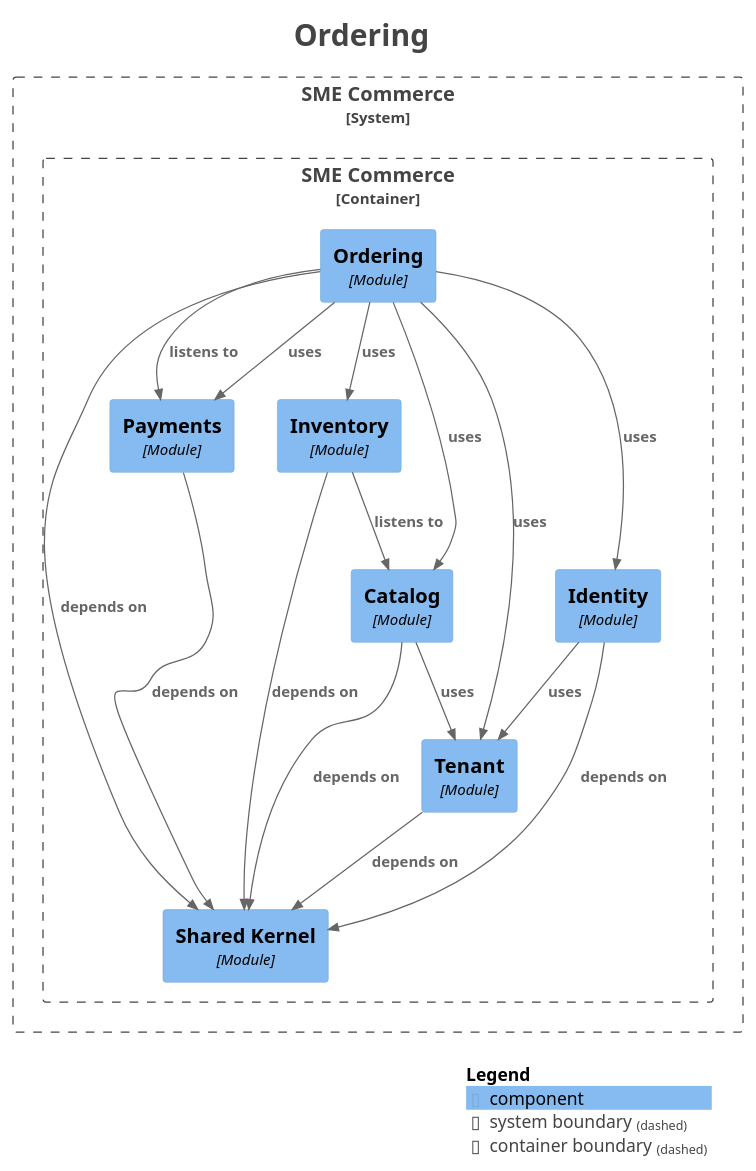
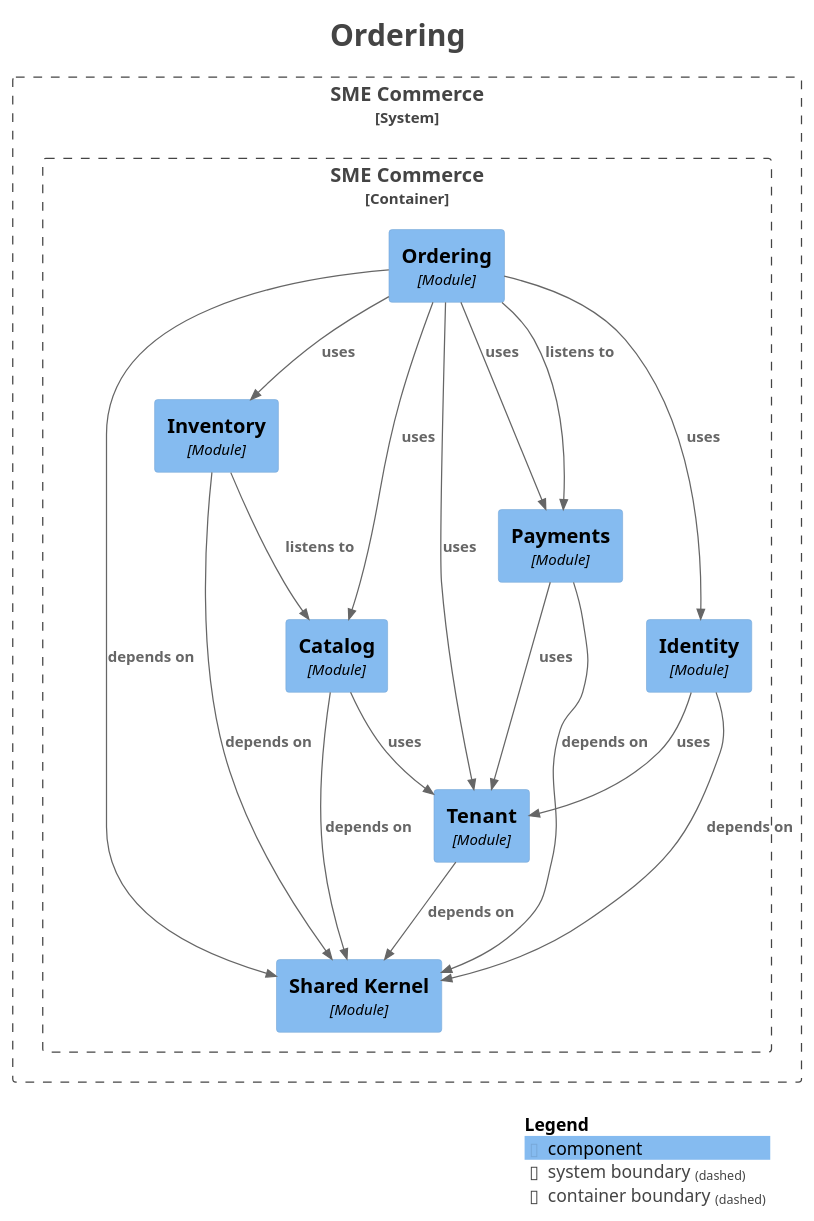
Before and after one commit to hezronokwach/sme-commerce-platform: the diagram in docs/modules/module-ordering.puml, drawn with PlantUML. The commit also changed 39 other files, not shown here.

```diff
--- a/docs/modules/module-ordering.puml
+++ b/docs/modules/module-ordering.puml
@@ -1,49 +1,50 @@
 @startuml
 title <size:24>Ordering</size>
 
 set separator none
 top to bottom direction
 
 <style>
   root {
     BackgroundColor: #ffffff
     FontColor: #444444
   }
 </style>
 
 !include <C4/C4>
 !include <C4/C4_Context>
 !include <C4/C4_Component>
 
 System_Boundary("SMECommerce_boundary", "SME Commerce", $tags="") {
   Container_Boundary("SMECommerce.SMECommerce_boundary", "SME Commerce", $tags="") {
     Component(SMECommerce.SMECommerce.Inventory, "Inventory", $techn="Module", $descr="", $tags="", $link="")
     Component(SMECommerce.SMECommerce.Ordering, "Ordering", $techn="Module", $descr="", $tags="", $link="")
     Component(SMECommerce.SMECommerce.SharedKernel, "Shared Kernel", $techn="Module", $descr="", $tags="", $link="")
-    Component(SMECommerce.SMECommerce.Payments, "Payments", $techn="Module", $descr="", $tags="", $link="")
     Component(SMECommerce.SMECommerce.Tenant, "Tenant", $techn="Module", $descr="", $tags="", $link="")
     Component(SMECommerce.SMECommerce.Catalog, "Catalog", $techn="Module", $descr="", $tags="", $link="")
     Component(SMECommerce.SMECommerce.Identity, "Identity", $techn="Module", $descr="", $tags="", $link="")
+    Component(SMECommerce.SMECommerce.Payments, "Payments", $techn="Module", $descr="", $tags="", $link="")
   }
 
 }
 
-Rel(SMECommerce.SMECommerce.Payments, SMECommerce.SMECommerce.SharedKernel, "depends on", $techn="", $tags="", $link="")
 Rel(SMECommerce.SMECommerce.Identity, SMECommerce.SMECommerce.SharedKernel, "depends on", $techn="", $tags="", $link="")
 Rel(SMECommerce.SMECommerce.Identity, SMECommerce.SMECommerce.Tenant, "uses", $techn="", $tags="", $link="")
+Rel(SMECommerce.SMECommerce.Payments, SMECommerce.SMECommerce.SharedKernel, "depends on", $techn="", $tags="", $link="")
+Rel(SMECommerce.SMECommerce.Payments, SMECommerce.SMECommerce.Tenant, "uses", $techn="", $tags="", $link="")
 Rel(SMECommerce.SMECommerce.Inventory, SMECommerce.SMECommerce.Catalog, "listens to", $techn="", $tags="", $link="")
 Rel(SMECommerce.SMECommerce.Inventory, SMECommerce.SMECommerce.SharedKernel, "depends on", $techn="", $tags="", $link="")
-Rel(SMECommerce.SMECommerce.Tenant, SMECommerce.SMECommerce.SharedKernel, "depends on", $techn="", $tags="", $link="")
 Rel(SMECommerce.SMECommerce.Catalog, SMECommerce.SMECommerce.SharedKernel, "depends on", $techn="", $tags="", $link="")
 Rel(SMECommerce.SMECommerce.Catalog, SMECommerce.SMECommerce.Tenant, "uses", $techn="", $tags="", $link="")
 Rel(SMECommerce.SMECommerce.Ordering, SMECommerce.SMECommerce.Payments, "listens to", $techn="", $tags="", $link="")
 Rel(SMECommerce.SMECommerce.Ordering, SMECommerce.SMECommerce.SharedKernel, "depends on", $techn="", $tags="", $link="")
 Rel(SMECommerce.SMECommerce.Ordering, SMECommerce.SMECommerce.Tenant, "uses", $techn="", $tags="", $link="")
+Rel(SMECommerce.SMECommerce.Ordering, SMECommerce.SMECommerce.Payments, "uses", $techn="", $tags="", $link="")
 Rel(SMECommerce.SMECommerce.Ordering, SMECommerce.SMECommerce.Inventory, "uses", $techn="", $tags="", $link="")
 Rel(SMECommerce.SMECommerce.Ordering, SMECommerce.SMECommerce.Catalog, "uses", $techn="", $tags="", $link="")
 Rel(SMECommerce.SMECommerce.Ordering, SMECommerce.SMECommerce.Identity, "uses", $techn="", $tags="", $link="")
-Rel(SMECommerce.SMECommerce.Ordering, SMECommerce.SMECommerce.Payments, "uses", $techn="", $tags="", $link="")
+Rel(SMECommerce.SMECommerce.Tenant, SMECommerce.SMECommerce.SharedKernel, "depends on", $techn="", $tags="", $link="")
 
 SHOW_LEGEND(true)
 hide stereotypes
 @enduml
```
